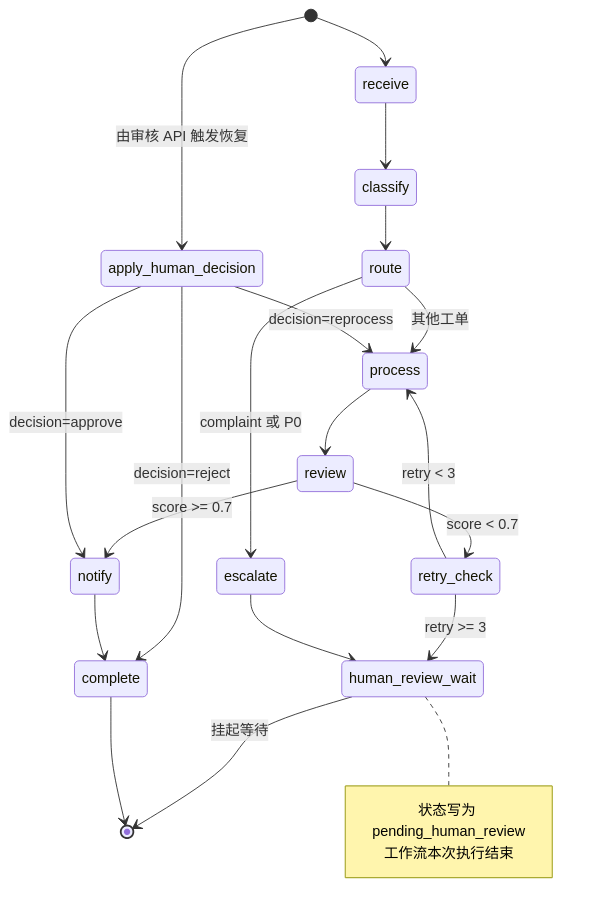
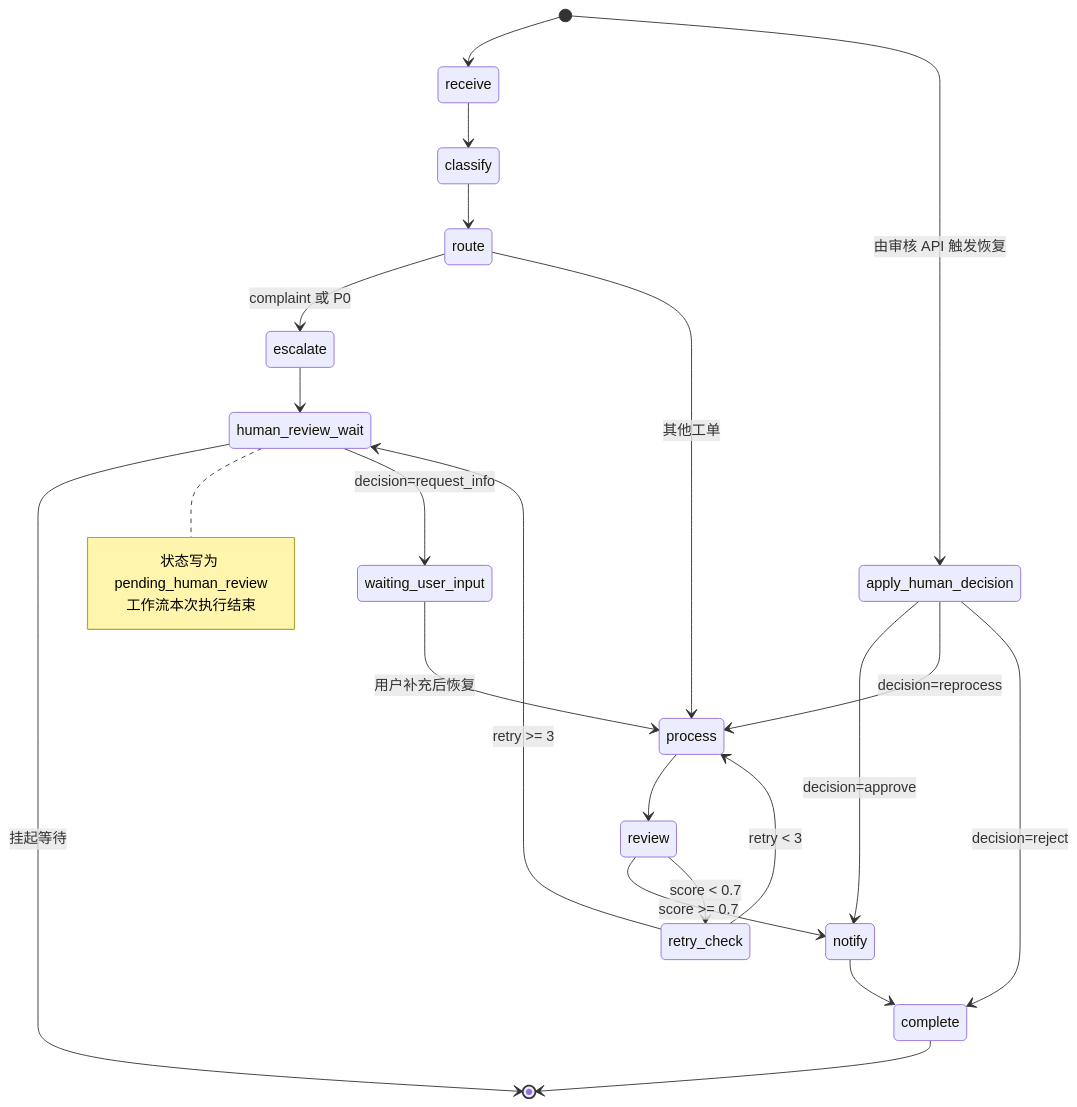
One commit to ArtLjn/AgentDesk changed the second of 5 diagrams in docs/design-spec/01_正式设计/09_人工审核工作台设计.md. Above: the diagram before and after it, drawn with Mermaid. The commit also changed other lines of this file and 52 other files, not shown here.

````diff
--- a/docs/design-spec/01_正式设计/09_人工审核工作台设计.md
+++ b/docs/design-spec/01_正式设计/09_人工审核工作台设计.md
@@ -99,27 +100,30 @@
 ```mermaid
 stateDiagram-v2
     [*] --> receive
     receive --> classify
     classify --> route
     route --> escalate: complaint 或 P0
     route --> process: 其他工单
     process --> review
     review --> notify: score >= 0.7
     review --> retry_check: score < 0.7
     retry_check --> process: retry < 3
     retry_check --> human_review_wait: retry >= 3
     escalate --> human_review_wait
     human_review_wait --> [*]: 挂起等待
     note right of human_review_wait
         状态写为 pending_human_review
         工作流本次执行结束
     end note
 
     [*] --> apply_human_decision: 由审核 API 触发恢复
     apply_human_decision --> notify: decision=approve
     apply_human_decision --> process: decision=reprocess
     apply_human_decision --> complete: decision=reject
 
+    human_review_wait --> waiting_user_input: decision=request_info
+    waiting_user_input --> process: 用户补充后恢复
+
     notify --> complete
     complete --> [*]
 ```
````
